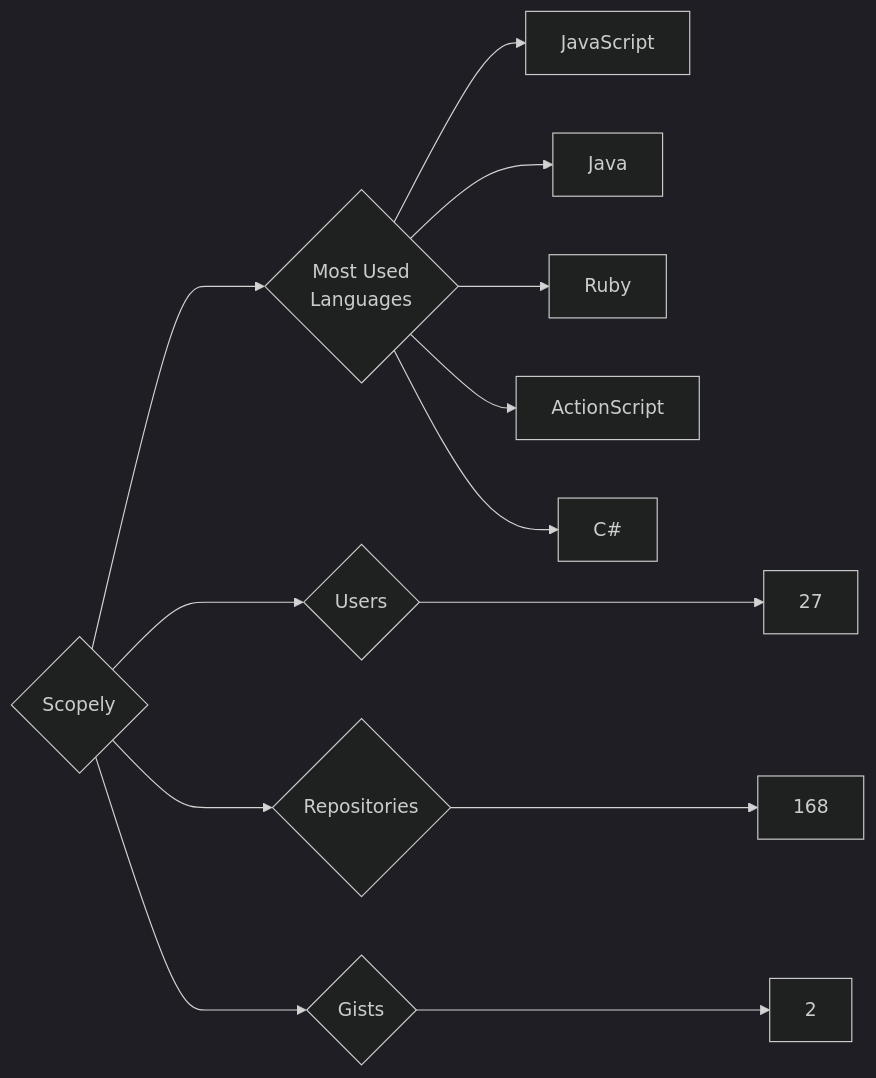
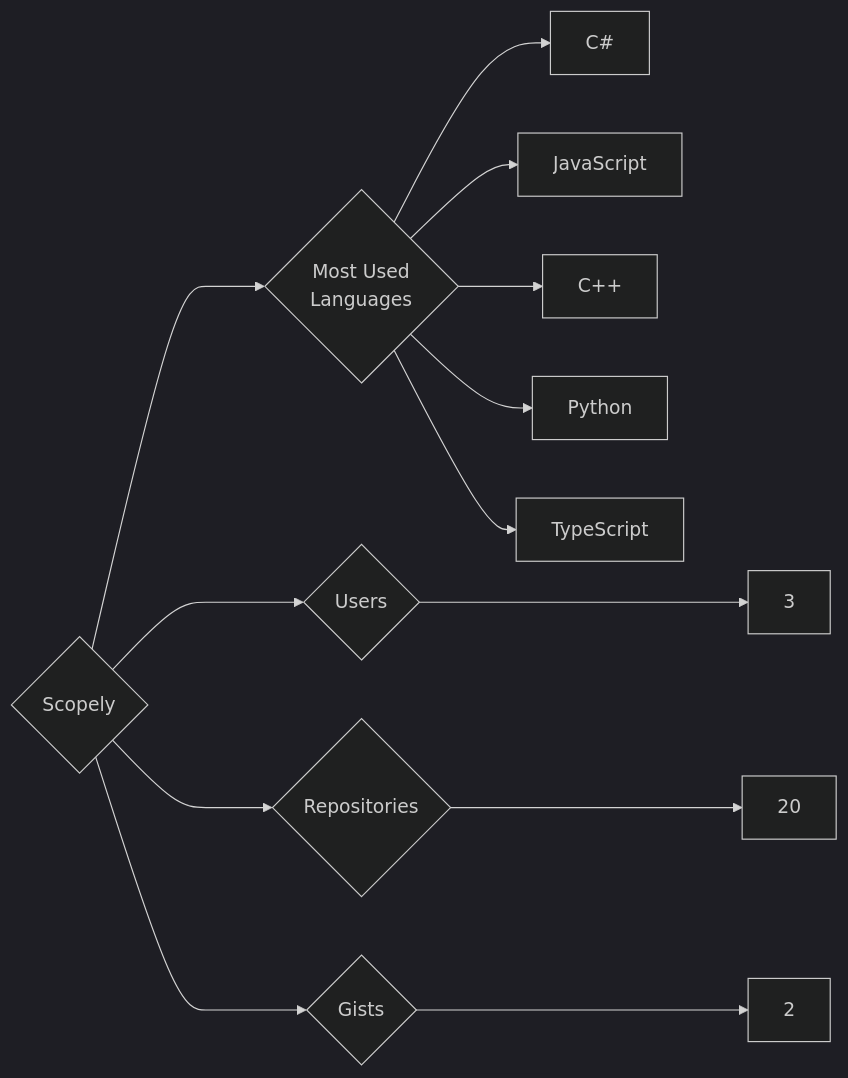
One commit to trickest/insiders changed the diagram in targets/Scopely/README.md. Above: the diagram before and after it, drawn with Mermaid (dark theme). The commit also changed 833 other files, not shown here.

````diff
--- a/targets/Scopely/README.md
+++ b/targets/Scopely/README.md
@@ -3,13 +3,13 @@
 ```mermaid
 graph LR
 COMPANY_NAME{Scopely}
-COMPANY_NAME ---> U{Users} ---> UN[27]
-COMPANY_NAME ---> R{Repositories} ---> RN[168]
+COMPANY_NAME ---> U{Users} ---> UN[3]
+COMPANY_NAME ---> R{Repositories} ---> RN[20]
 COMPANY_NAME ---> G{Gists} ---> GN[2]
 COMPANY_NAME ---> ML{Most Used<br>Languages}
+ML --> C#[C#]
 ML --> JavaScript[JavaScript]
-ML --> Java[Java]
-ML --> Ruby[Ruby]
-ML --> ActionScript[ActionScript]
-ML --> C#[C#]
+ML --> C++[C++]
+ML --> Python[Python]
+ML --> TypeScript[TypeScript]
 ```
````
